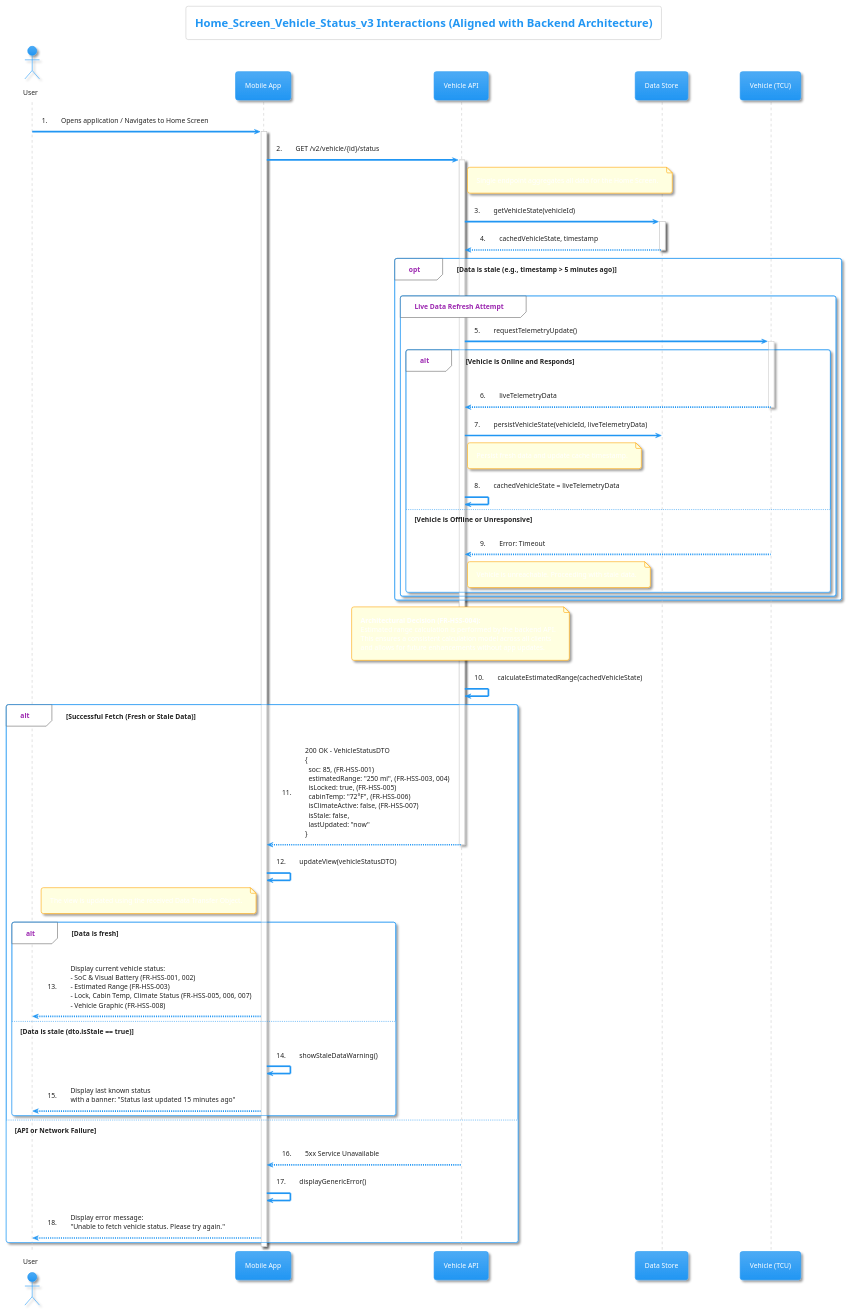
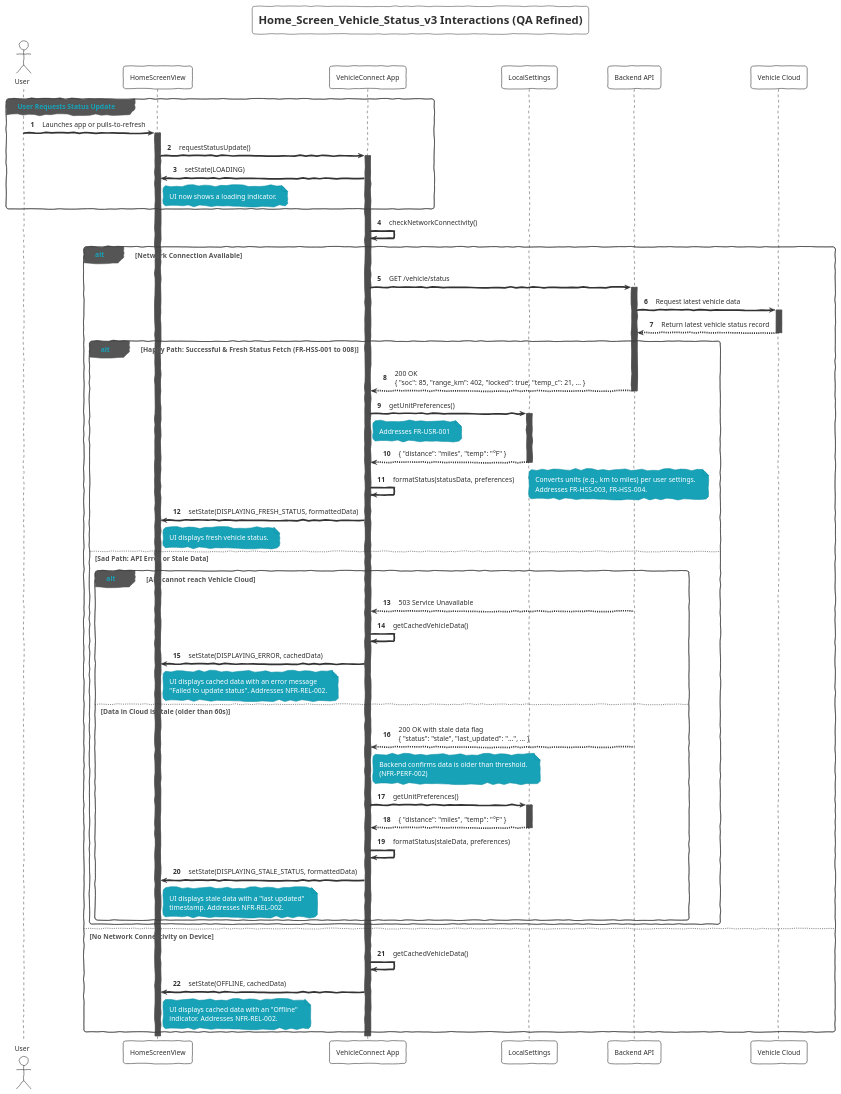
One commit to fcaversan/SRS_Project changed the diagram in uml_diagrams/sequence/Home_Screen_Vehicle_Status_v3_sequence_diagram.puml. Above: the diagram before and after it, drawn with PlantUML. The commit also changed 149 other files, not shown here.

First line of the commit message:
feat: Add scope enforcement to prevent diagram hallucination and feature drift

```diff
--- a/uml_diagrams/sequence/Home_Screen_Vehicle_Status_v3_sequence_diagram.puml
+++ b/uml_diagrams/sequence/Home_Screen_Vehicle_Status_v3_sequence_diagram.puml
@@ -1,82 +1,82 @@
 @startuml
-' v3.0 - Aligned with backend architecture based on Iteration 2 QA feedback
-!theme materia
+!theme sketchy-outline
 
-title Home_Screen_Vehicle_Status_v3 Interactions (Aligned with Backend Architecture)
+title Home_Screen_Vehicle_Status_v3 Interactions (QA Refined)
 
-skinparam note {
-    BackgroundColor #LightYellow
-    BorderColor #orange
-}
-
-autonumber "0."
+autonumber
 
 actor "User" as User
-participant "Mobile App" as App
-participant "Vehicle API" as API
-participant "Data Store" as DB
-participant "Vehicle (TCU)" as TCU
+participant "HomeScreenView" as View
+participant "VehicleConnect App" as App
+participant "LocalSettings" as Settings
+participant "Backend API" as API
+participant "Vehicle Cloud" as Cloud
 
-User -> App: Opens application / Navigates to Home Screen
-activate App
+group User Requests Status Update
+    User -> View: Launches app or pulls-to-refresh
+    activate View
+    View -> App: requestStatusUpdate()
+    activate App
+    App -> View: setState(LOADING)
+    note right of View: UI now shows a loading indicator.
+end
 
-App -> API: GET /v2/vehicle/{id}/status
-activate API
-note right of API: Single endpoint aggregates all data for the Home Screen.
+App -> App: checkNetworkConnectivity()
+alt Network Connection Available
+    App -> API: GET /vehicle/status
+    activate API
+    API -> Cloud: Request latest vehicle data
+    activate Cloud
+    Cloud --> API: Return latest vehicle status record
+    deactivate Cloud
 
-API -> DB: getVehicleState(vehicleId)
-activate DB
-DB --> API: cachedVehicleState, timestamp
-deactivate DB
+    alt Happy Path: Successful & Fresh Status Fetch (FR-HSS-001 to 008)
+        API --> App: 200 OK \n{ "soc": 85, "range_km": 402, "locked": true, "temp_c": 21, ... }
+        deactivate API
 
-opt Data is stale (e.g., timestamp > 5 minutes ago)
-    group Live Data Refresh Attempt
-        API -> TCU: requestTelemetryUpdate()
-        activate TCU
-        alt Vehicle is Online and Responds
-            TCU --> API: liveTelemetryData
-            deactivate TCU
-            API -> DB: persistVehicleState(vehicleId, liveTelemetryData)
-            note right of API: Persist fresh data and update cache timestamp.
-            API -> API: cachedVehicleState = liveTelemetryData
-        else Vehicle is Offline or Unresponsive
-            TCU --> API: Error: Timeout
-            deactivate TCU
-            note right of API: Vehicle is unreachable. Proceeding with stale data.
+        App -> Settings: getUnitPreferences()
+        note right of App: Addresses FR-USR-001
+        activate Settings
+        Settings --> App: { "distance": "miles", "temp": "°F" }
+        deactivate Settings
+
+        App -> App: formatStatus(statusData, preferences)
+        note right: Converts units (e.g., km to miles) per user settings. \nAddresses FR-HSS-003, FR-HSS-004.
+
+        App -> View: setState(DISPLAYING_FRESH_STATUS, formattedData)
+        note right of View: UI displays fresh vehicle status.
+
+    else Sad Path: API Error or Stale Data
+        alt API cannot reach Vehicle Cloud
+            API --> App: 503 Service Unavailable
+            deactivate API
+            App -> App: getCachedVehicleData()
+            App -> View: setState(DISPLAYING_ERROR, cachedData)
+            note right of View: UI displays cached data with an error message \n"Failed to update status". Addresses NFR-REL-002.
+
+        else Data in Cloud is stale (older than 60s)
+            API --> App: 200 OK with stale data flag \n{ "status": "stale", "last_updated": "...", ... }
+            deactivate API
+            note right of App: Backend confirms data is older than threshold. \n(NFR-PERF-002)
+
+            App -> Settings: getUnitPreferences()
+            activate Settings
+            Settings --> App: { "distance": "miles", "temp": "°F" }
+            deactivate Settings
+
+            App -> App: formatStatus(staleData, preferences)
+            App -> View: setState(DISPLAYING_STALE_STATUS, formattedData)
+            note right of View: UI displays stale data with a "last updated" \ntimestamp. Addresses NFR-REL-002.
         end
     end
-end
 
-note over API
-**Architectural Decision (FR-HSS-004):**
-Estimated range calculation is performed by the backend API.
-This ensures a consistent calculation model across all clients
-and allows for future enhancements without app updates.
-end note
-API -> API: calculateEstimatedRange(cachedVehicleState)
-
-alt Successful Fetch (Fresh or Stale Data)
-    API --> App: 200 OK - VehicleStatusDTO\n{\n  soc: 85, (FR-HSS-001)\n  estimatedRange: "250 mi", (FR-HSS-003, 004)\n  isLocked: true, (FR-HSS-005)\n  cabinTemp: "72°F", (FR-HSS-006)\n  isClimateActive: false, (FR-HSS-007)\n  isStale: false,\n  lastUpdated: "now"\n}
-    deactivate API
-
-    App -> App: updateView(vehicleStatusDTO)
-    note left of App: The view is updated using the received Data Transfer Object.
-
-    alt Data is fresh
-        App --> User: Display current vehicle status:\n- SoC & Visual Battery (FR-HSS-001, 002)\n- Estimated Range (FR-HSS-003)\n- Lock, Cabin Temp, Climate Status (FR-HSS-005, 006, 007)\n- Vehicle Graphic (FR-HSS-008)
-    else Data is stale (dto.isStale == true)
-        App -> App: showStaleDataWarning()
-        App --> User: Display last known status\nwith a banner: "Status last updated 15 minutes ago"
-    end
-
-else API or Network Failure
-    API --> App: 5xx Service Unavailable
-    deactivate API
-
-    App -> App: displayGenericError()
-    App --> User: Display error message:\n"Unable to fetch vehicle status. Please try again."
+else No Network Connectivity on Device
+    App -> App: getCachedVehicleData()
+    App -> View: setState(OFFLINE, cachedData)
+    note right of View: UI displays cached data with an "Offline" \nindicator. Addresses NFR-REL-002.
 end
 
 deactivate App
+deactivate View
 
 @enduml
```
